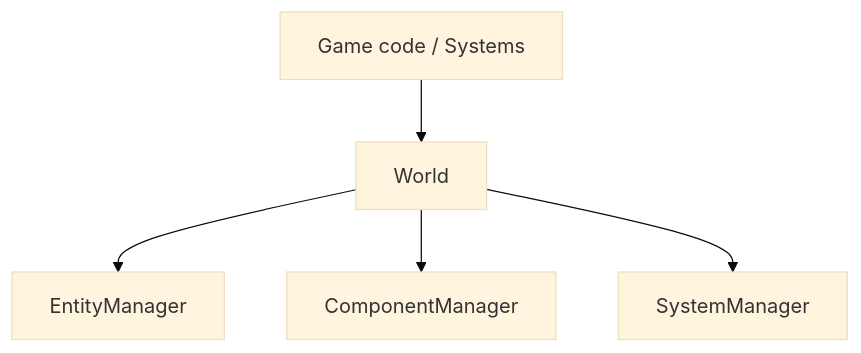
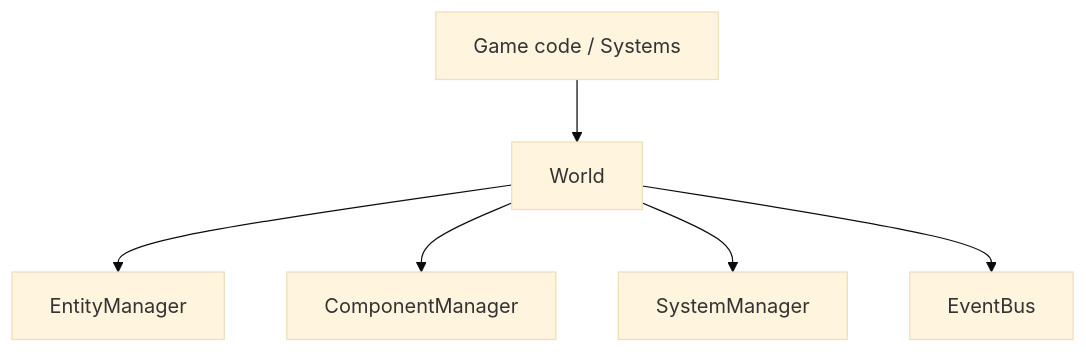
Before and after one commit to Thibani/R-Type: the diagram in src/ecs/World/README.md, drawn with Mermaid (base theme). The commit also changed other lines of this file and 16 other files, not shown here.

Commit message:
feat(ecs): add event bus with queued delivery and RAII subscriptions

````diff
--- a/src/ecs/World/README.md
+++ b/src/ecs/World/README.md
@@ -23,7 +24,8 @@
 ```mermaid
 flowchart TD
     Game[Game code / Systems] --> World
     World --> EntityManager
     World --> ComponentManager
     World --> SystemManager
+    World --> EventBus
 ```
````
